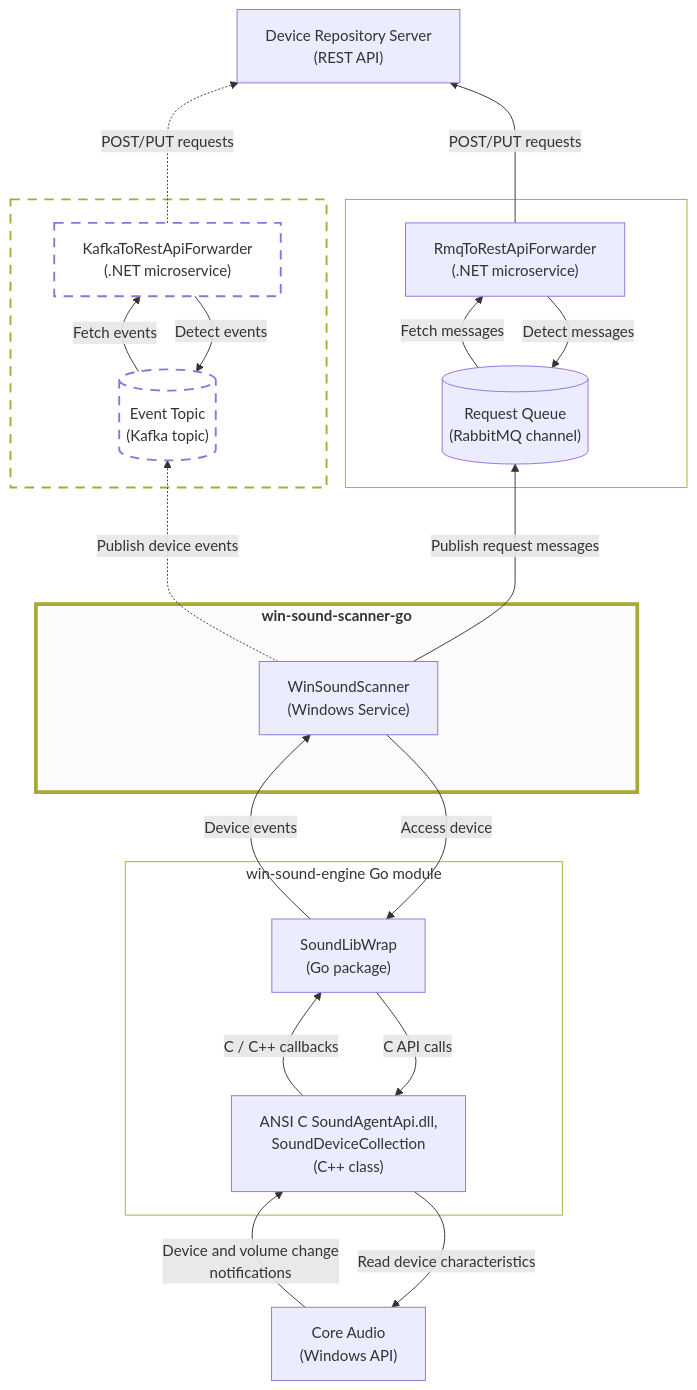
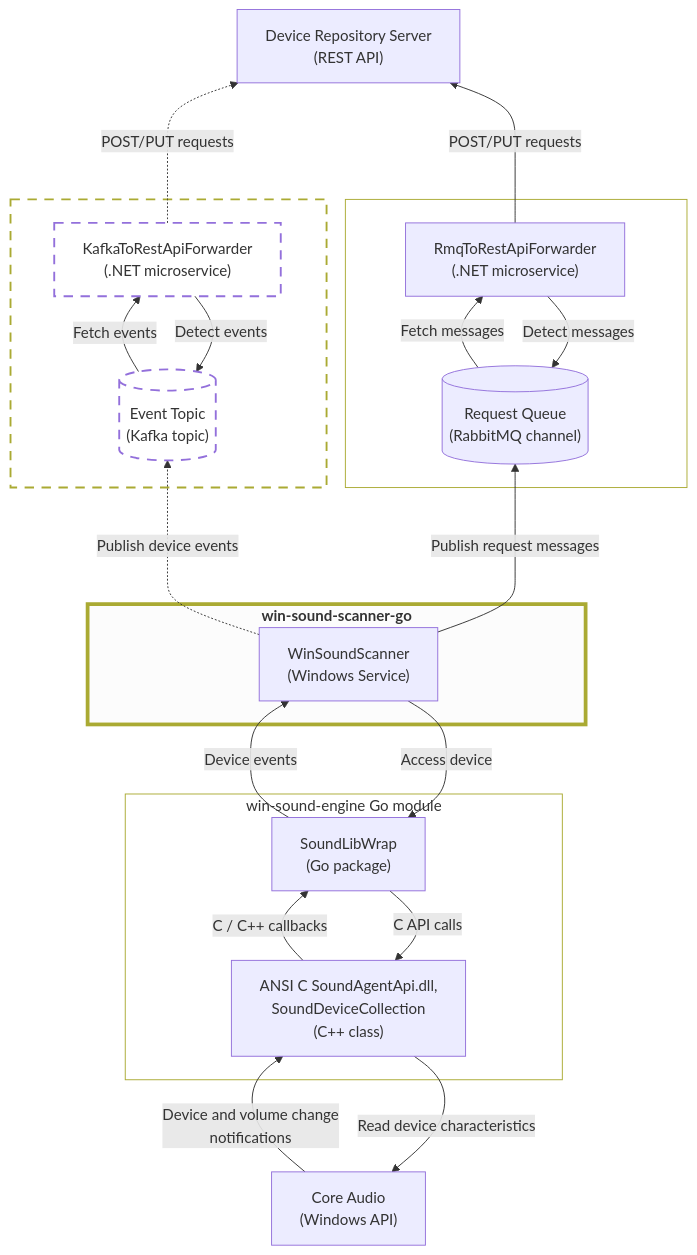
One commit to collect-sound-devices/win-sound-scanner-go changed the diagram in README.md. Above: the diagram before and after it, drawn with Mermaid. The commit also changed other lines of this file, not shown here.

Commit message:
Refactor architecture diagram in README.md
Improve formatting of the architecture diagram.

```diff
--- a/README.md
+++ b/README.md
@@ -15,45 +13,64 @@
 classDef normalBox fill:#transparent,fill-opacity:0.0,stroke-width:1px;
 classDef invisibleNode fill:transparent, stroke:transparent;
 
-coreAudioApi["Core Audio<br>(Windows API)"]
+coreAudioApi["Core Audio
+(Windows API)"]
 
 subgraph scannerBackend["win-sound-engine Go module"]
-    invisible3[" <br><br><br><br><br>"]
+    invisible3["
+
+
+
+
+    "]
     class invisible3 invisibleNode
-    goCgoWrapper["SoundLibWrap<br>(Go package)"]
-    soundAgentApiDll["ANSI C SoundAgentApi.dll,<br>SoundDeviceCollection<br>(C++ class)"]
-    invisible4[" <br><br><br><br><br>"]
+    goCgoWrapper["SoundLibWrap
+    (Go package)"]
+    soundAgentApiDll["ANSI C SoundAgentApi.dll,
+    SoundDeviceCollection
+    (C++ class)"]
+    invisible4["
+
+
+
+
+    "]
     class invisible4 invisibleNode
 end
 class scannerBackend normalBox
 
-coreAudioApi -->|Device and volume change<br>notifications| soundAgentApiDll
+coreAudioApi -->|Device and volume change
+notifications| soundAgentApiDll
 soundAgentApiDll --> |Read device characteristics| coreAudioApi
 
 subgraph scannerService["<b>win-sound-scanner-go</b>"]
-    invisible1[" <br><br><br><br>"]
-    class invisible1 invisibleNode
-    winSoundScannerService["WinSoundScanner<br>(Windows Service)"]
-    invisible2[" <br><br><br><br><br>"]
-    class invisible2 invisibleNode
+    winSoundScannerService["WinSoundScanner
+    (Windows Service)"]
 end
 class scannerService stressedBox
 
-subgraph eventTopicKafkaMicroservice[" <br>"]
-    eventTopic[("Event Topic<br>(Kafka topic)")]
+subgraph eventTopicKafkaMicroservice["
+"]
+    eventTopic[("Event Topic
+    (Kafka topic)")]
     class eventTopic dottedBox
-    kafkaRestForwarder["KafkaToRestApiForwarder<br>(.NET microservice)"]
+    kafkaRestForwarder["KafkaToRestApiForwarder
+    (.NET microservice)"]
     class kafkaRestForwarder dottedBox
 end
 class eventTopicKafkaMicroservice dottedBox
 
-subgraph requestQueueRabbitMqMicroservice[" <br>"]
-    requestQueue[("Request Queue<br>(RabbitMQ channel)")]
-    rabbitMqRestForwarder["RmqToRestApiForwarder<br>(.NET microservice)"]
+subgraph requestQueueRabbitMqMicroservice["
+"]
+    requestQueue[("Request Queue
+    (RabbitMQ channel)")]
+    rabbitMqRestForwarder["RmqToRestApiForwarder
+    (.NET microservice)"]
 end
 class requestQueueRabbitMqMicroservice normalBox
 
-deviceRepositoryApi["Device Repository Server<br>(REST API)"]
+deviceRepositoryApi["Device Repository Server
+(REST API)"]
 
 winSoundScannerService --> |Access device| goCgoWrapper
 goCgoWrapper -->|Device events| winSoundScannerService
```
